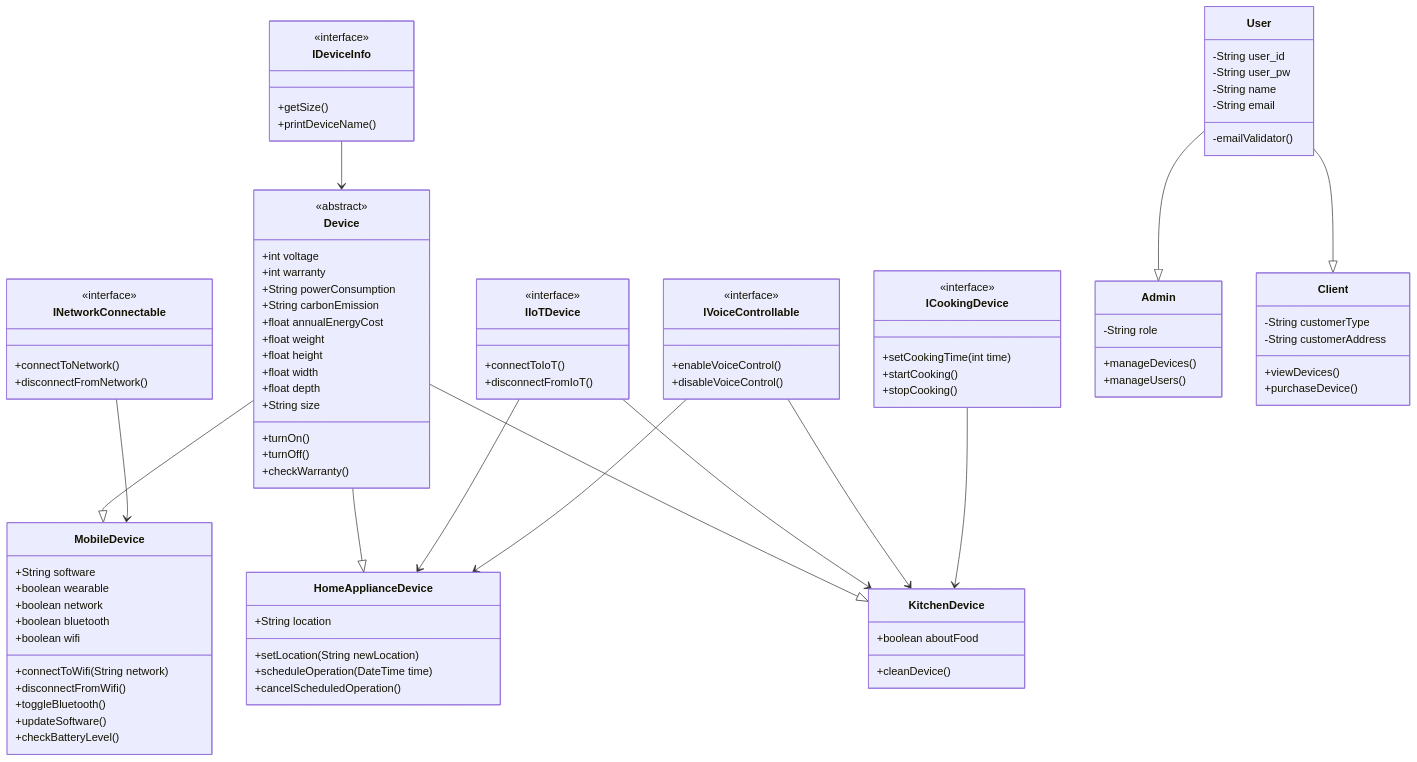
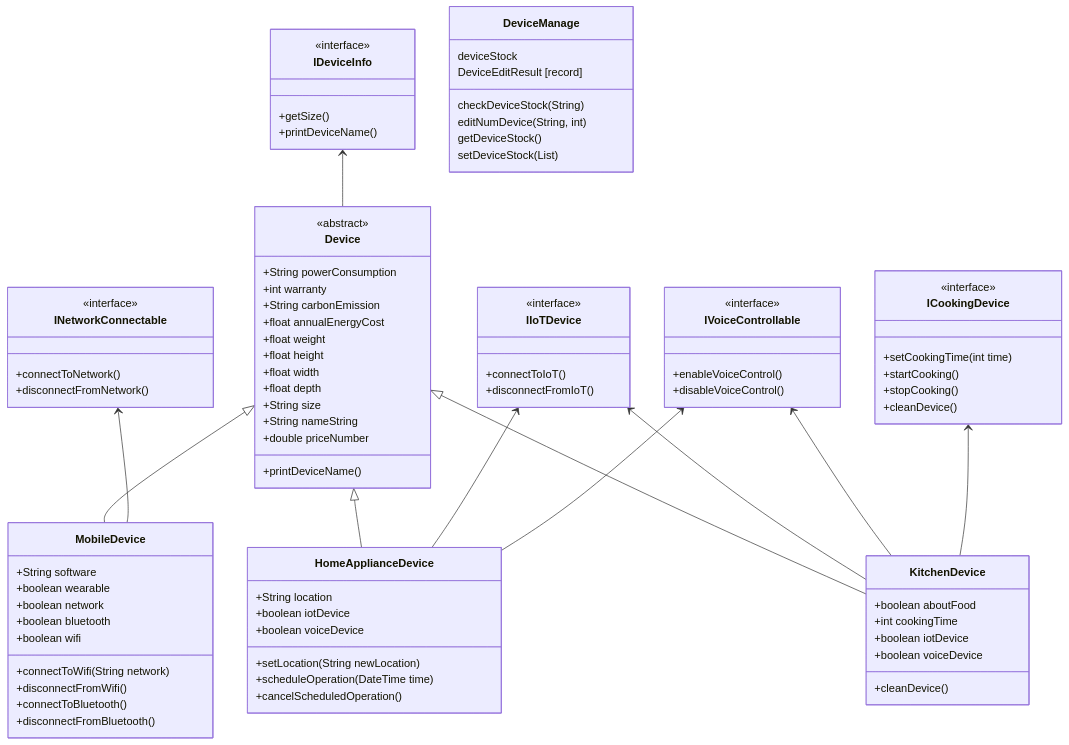
One commit to fish895623/teamproject changed the first of 3 diagrams in ClassDiagram.md. Above: the diagram before and after it, drawn with Mermaid. The commit also changed other lines of this file, not shown here.

Commit message:
docs: edit diagram

````diff
--- a/ClassDiagram.md
+++ b/ClassDiagram.md
@@ -8,9 +8,8 @@
 classDiagram
     class Device {
         <<abstract>>
-        +int voltage
+        +String powerConsumption
         +int warranty
-        +String powerConsumption
         +String carbonEmission
         +float annualEnergyCost
         +float weight
@@ -18,9 +17,9 @@
         +float width
         +float depth
         +String size
-        +turnOn()
-        +turnOff()
-        +checkWarranty()
+        +String nameString
+        +double priceNumber
+        +printDeviceName()
     }
 
     class INetworkConnectable {
@@ -46,6 +45,7 @@
         +setCookingTime(int time)
         +startCooking()
         +stopCooking()
+        +cleanDevice()
     }
 
     class IDeviceInfo {
@@ -62,13 +62,14 @@
         +boolean wifi
         +connectToWifi(String network)
         +disconnectFromWifi()
-        +toggleBluetooth()
-        +updateSoftware()
-        +checkBatteryLevel()
+        +connectToBluetooth()
+        +disconnectFromBluetooth()
     }
 
     class HomeApplianceDevice {
         +String location
+        +boolean iotDevice
+        +boolean voiceDevice
         +setLocation(String newLocation)
         +scheduleOperation(DateTime time)
         +cancelScheduledOperation()
@@ -76,40 +77,30 @@
 
     class KitchenDevice {
         +boolean aboutFood
+        +int cookingTime
+        +boolean iotDevice
+        +boolean voiceDevice
+
         +cleanDevice()
     }
 
-    class User {
-        -String user_id
-        -String user_pw
-        -String name
-        -String email
-        -emailValidator()
+    class DeviceManage {
+    	deviceStock
+    	checkDeviceStock(String)
+    	DeviceEditResult [record]
+    	editNumDevice(String, int)
+    	getDeviceStock()
+    	setDeviceStock(List)
     }
 
-    class Admin {
-        -String role
-        +manageDevices()
-        +manageUsers()
-    }
-
-    class Client {
-        -String customerType
-        -String customerAddress
-        +viewDevices()
-        +purchaseDevice()
-    }
-
-    Device --|> MobileDevice
-    Device --|> HomeApplianceDevice
-    Device --|> KitchenDevice
-    INetworkConnectable --> MobileDevice
-    IIoTDevice --> HomeApplianceDevice
-    IIoTDevice --> KitchenDevice
-    IVoiceControllable --> HomeApplianceDevice
-    IVoiceControllable --> KitchenDevice
-    ICookingDevice --> KitchenDevice
-    IDeviceInfo --> Device
-    User --|> Admin
-    User --|> Client
+    Device <|-- MobileDevice
+    Device <|-- HomeApplianceDevice
+    Device <|-- KitchenDevice
+    INetworkConnectable <-- MobileDevice
+    IIoTDevice <-- HomeApplianceDevice
+    IIoTDevice <-- KitchenDevice
+    IVoiceControllable <-- HomeApplianceDevice
+    IVoiceControllable <-- KitchenDevice
+    ICookingDevice <-- KitchenDevice
+    IDeviceInfo <-- Device
 ```
````
